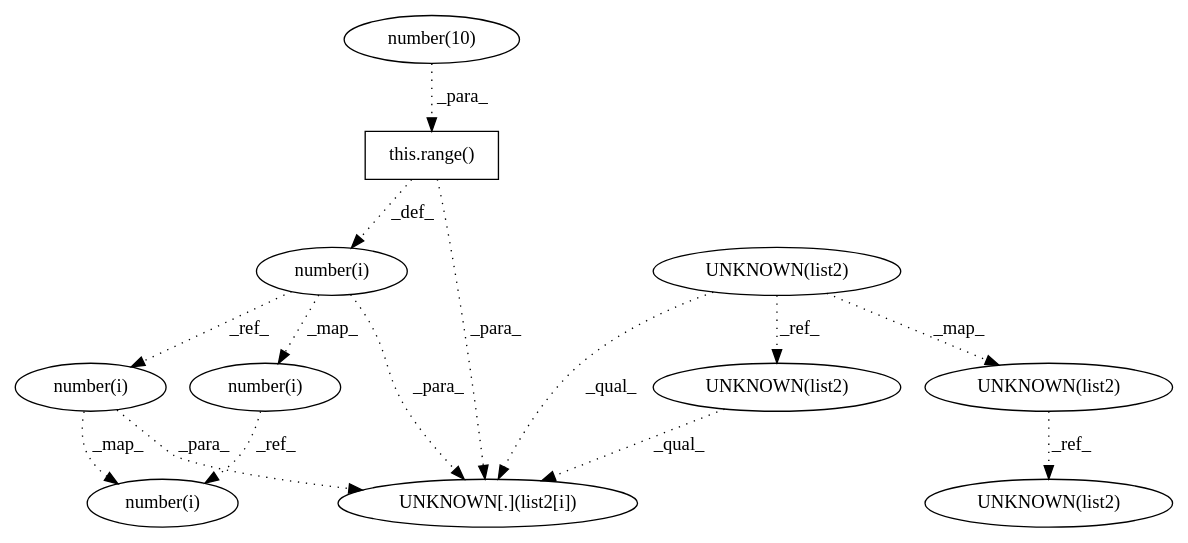
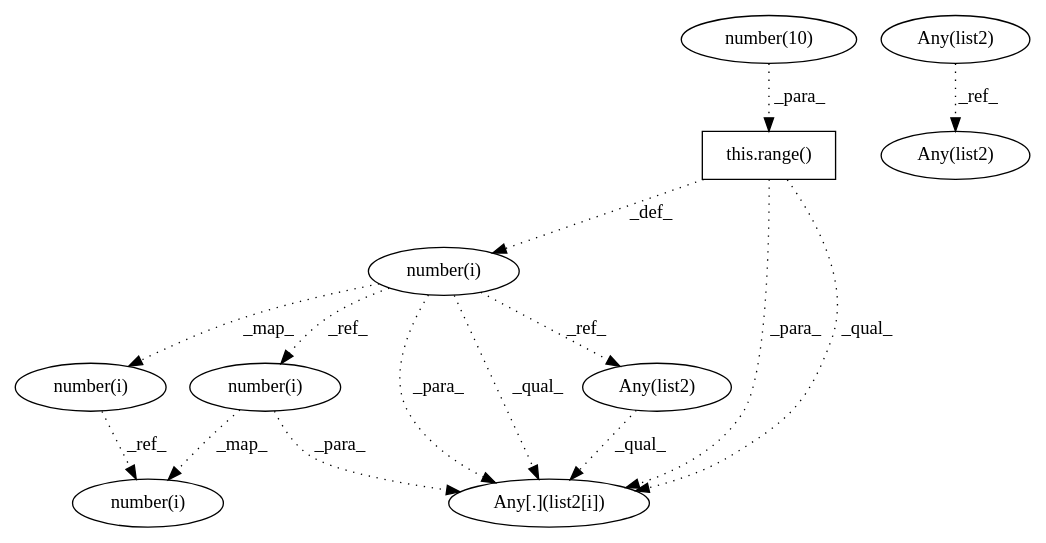
Before and after one commit to maldil/R-CPATMiner: the diagram in AtomicASTChangeMining/OUTPUT/DEBUG/00ebc3ff4e38f16a0094ff0233e5627ae0a64f56___0.dot, drawn with Graphviz. The commit also changed 75 other files, not shown here.

```diff
--- a/AtomicASTChangeMining/OUTPUT/DEBUG/00ebc3ff4e38f16a0094ff0233e5627ae0a64f56___0.dot
+++ b/AtomicASTChangeMining/OUTPUT/DEBUG/00ebc3ff4e38f16a0094ff0233e5627ae0a64f56___0.dot
@@ -1,27 +1,26 @@
 digraph G {
-1 [label="number(10)" shape=ellipse]
-2 [label="UNKNOWN(list2)" shape=ellipse]
-3 [label="UNKNOWN(list2)" shape=ellipse]
+1 [label="this.range()" shape=box]
+2 [label="number(i)" shape=ellipse]
+3 [label="Any(list2)" shape=ellipse]
 4 [label="number(i)" shape=ellipse]
-5 [label="UNKNOWN(list2)" shape=ellipse]
-6 [label="this.range()" shape=box]
-7 [label="UNKNOWN[.](list2[i])" shape=ellipse]
+5 [label="number(10)" shape=ellipse]
+6 [label="Any(list2)" shape=ellipse]
+7 [label="Any[.](list2[i])" shape=ellipse]
 8 [label="number(i)" shape=ellipse]
-9 [label="UNKNOWN(list2)" shape=ellipse]
-10 [label="number(i)" shape=ellipse]
-11 [label="number(i)" shape=ellipse]
-5 -> 2 [label="_map_" style=dotted];
-5 -> 3 [label="_ref_" style=dotted];
-10 -> 4 [label="_map_" style=dotted];
-1 -> 6 [label="_para_" style=dotted];
-3 -> 7 [label="_qual_" style=dotted];
-11 -> 7 [label="_para_" style=dotted];
-5 -> 7 [label="_qual_" style=dotted];
-10 -> 7 [label="_para_" style=dotted];
-6 -> 7 [label="_para_" style=dotted];
-4 -> 8 [label="_ref_" style=dotted];
-11 -> 8 [label="_map_" style=dotted];
-2 -> 9 [label="_ref_" style=dotted];
-6 -> 10 [label="_def_" style=dotted];
-10 -> 11 [label="_ref_" style=dotted];
+9 [label="number(i)" shape=ellipse]
+10 [label="Any(list2)" shape=ellipse]
+5 -> 1 [label="_para_" style=dotted];
+1 -> 2 [label="_def_" style=dotted];
+6 -> 3 [label="_ref_" style=dotted];
+2 -> 4 [label="_ref_" style=dotted];
+10 -> 7 [label="_qual_" style=dotted];
+4 -> 7 [label="_para_" style=dotted];
+2 -> 7 [label="_para_" style=dotted];
+1 -> 7 [label="_para_" style=dotted];
+2 -> 7 [label="_qual_" style=dotted];
+1 -> 7 [label="_qual_" style=dotted];
+2 -> 8 [label="_map_" style=dotted];
+8 -> 9 [label="_ref_" style=dotted];
+4 -> 9 [label="_map_" style=dotted];
+2 -> 10 [label="_ref_" style=dotted];
 }
```
